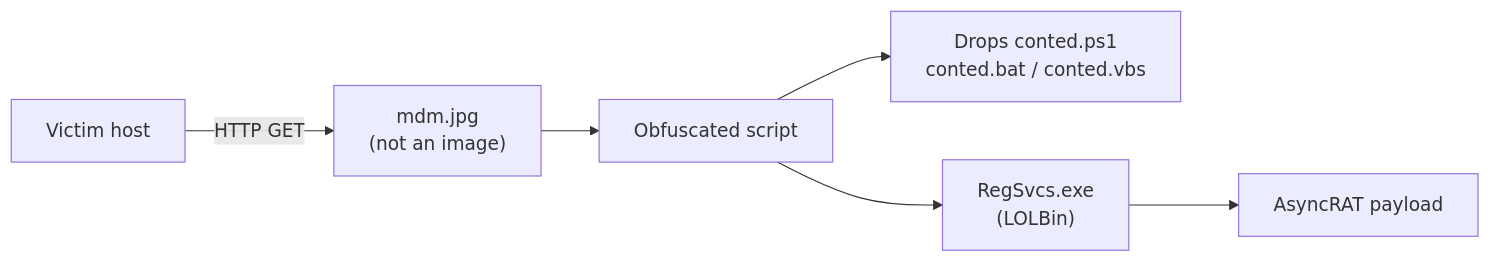
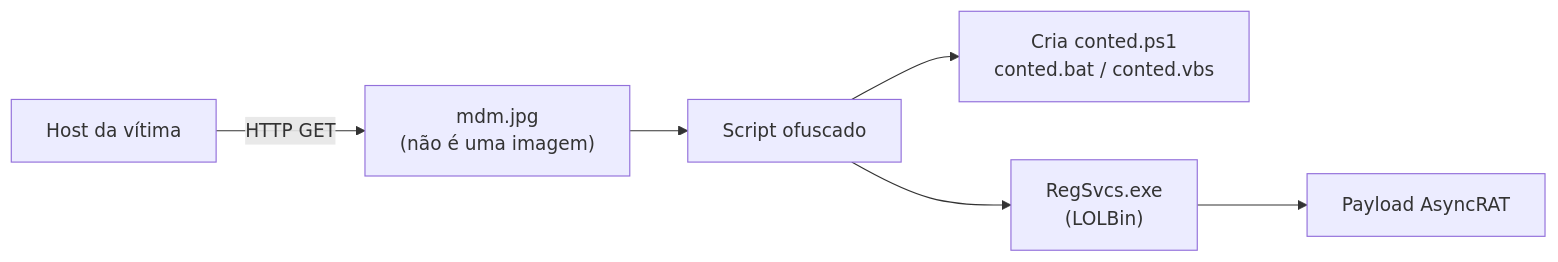
The diagram in README.md (Pendragon711/xlmrat-dfir-investigation), drawn with Mermaid before and after one commit. The commit also changed other lines of this file, not shown here.

````diff
--- a/README.md
+++ b/README.md
@@ -94,8 +94,8 @@
 ```mermaid
 flowchart LR
-    A[Victim host] -->|HTTP GET| B["mdm.jpg<br/>(not an image)"]
-    B --> C[Obfuscated script]
-    C --> D["Drops conted.ps1<br/>conted.bat / conted.vbs"]
+    A[Host da vítima] -->|HTTP GET| B["mdm.jpg<br/>(não é uma imagem)"]
+    B --> C[Script ofuscado]
+    C --> D["Cria conted.ps1<br/>conted.bat / conted.vbs"]
     C --> E["RegSvcs.exe<br/>(LOLBin)"]
-    E --> F[AsyncRAT payload]
+    E --> F[Payload AsyncRAT]
 ```
````
